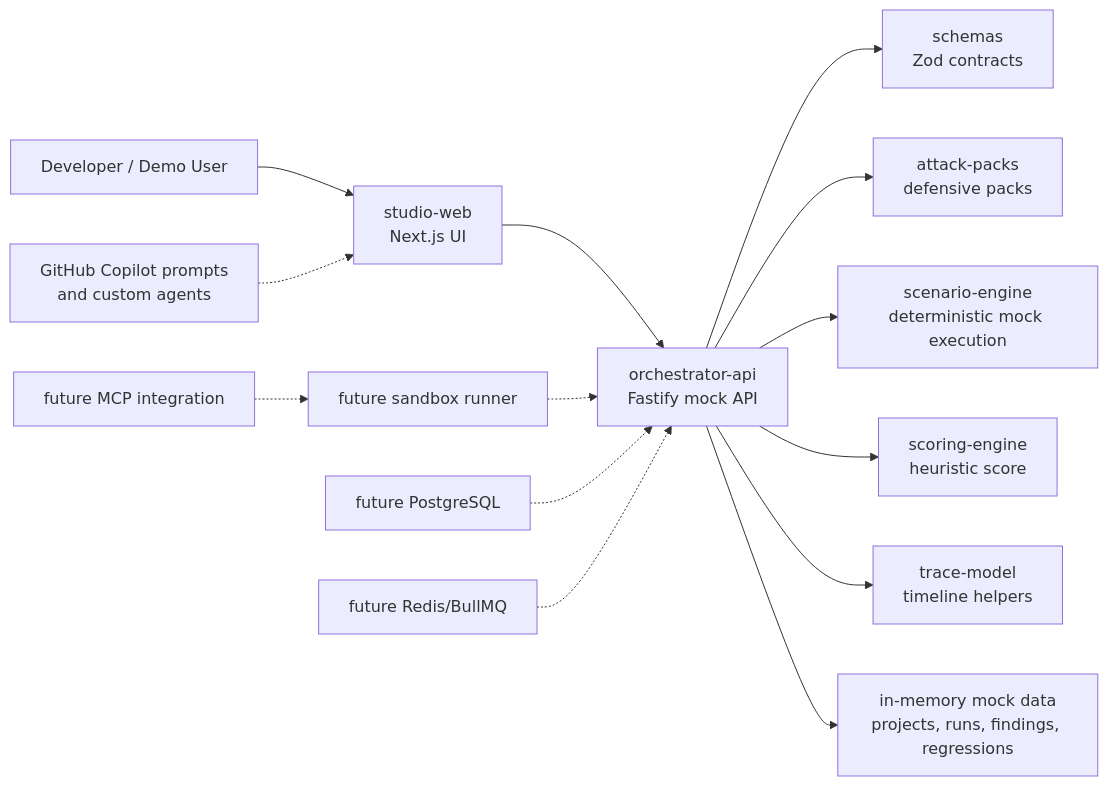
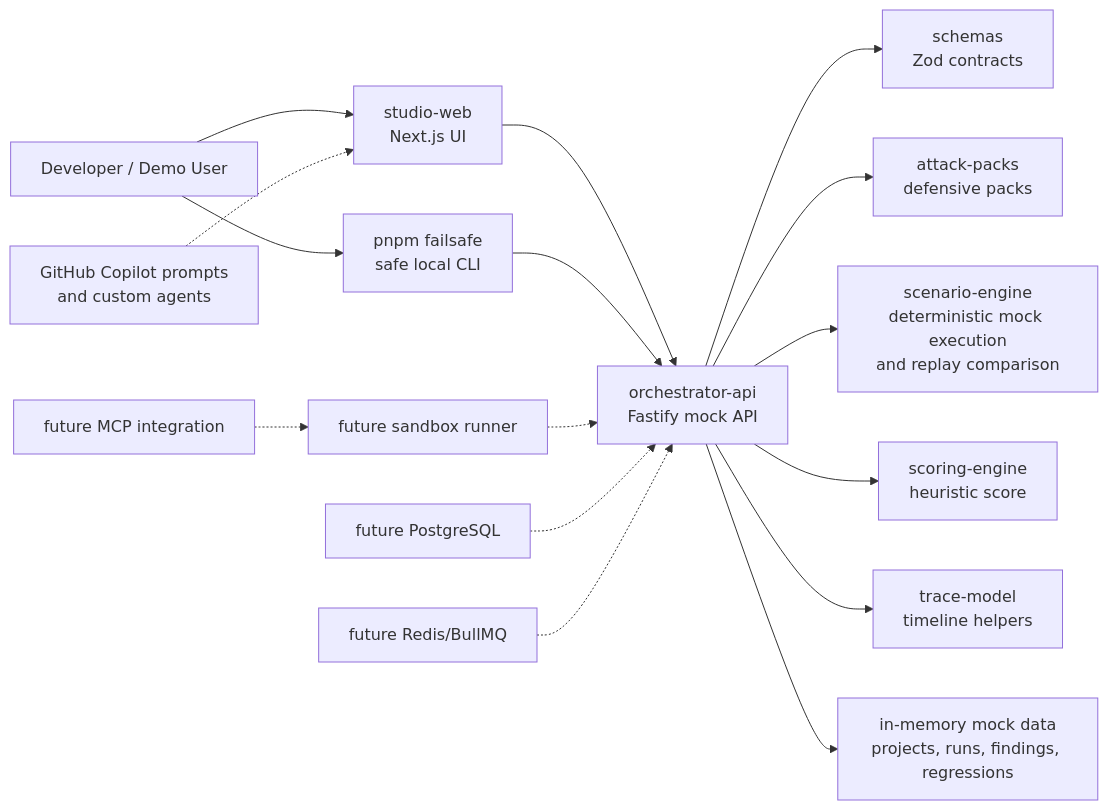
The diagram in docs/architecture.md (RandomEdge999/FailSafe), drawn with Mermaid before and after one commit. The commit also changed other lines of this file and 17 other files, not shown here.

Commit message:
feat: add safe mock replay comparison CLI

````diff
--- a/docs/architecture.md
+++ b/docs/architecture.md
@@ -7,16 +7,18 @@
 ```mermaid
 flowchart LR
   User["Developer / Demo User"] --> Studio["studio-web<br/>Next.js UI"]
+  User --> CLI["pnpm failsafe<br/>safe local CLI"]
   Studio --> API["orchestrator-api<br/>Fastify mock API"]
+  CLI --> API
   API --> Schemas["schemas<br/>Zod contracts"]
   API --> Packs["attack-packs<br/>defensive packs"]
-  API --> ScenarioEngine["scenario-engine<br/>deterministic mock execution"]
+  API --> ScenarioEngine["scenario-engine<br/>deterministic mock execution<br/>and replay comparison"]
   API --> Scoring["scoring-engine<br/>heuristic score"]
   API --> Trace["trace-model<br/>timeline helpers"]
   API --> MockData["in-memory mock data<br/>projects, runs, findings, regressions"]
   FutureRunner["future sandbox runner"] -.-> API
   FutureStore["future PostgreSQL"] -.-> API
   FutureQueue["future Redis/BullMQ"] -.-> API
   FutureMcp["future MCP integration"] -.-> FutureRunner
   Copilot["GitHub Copilot prompts<br/>and custom agents"] -.-> Studio
 ```
````
